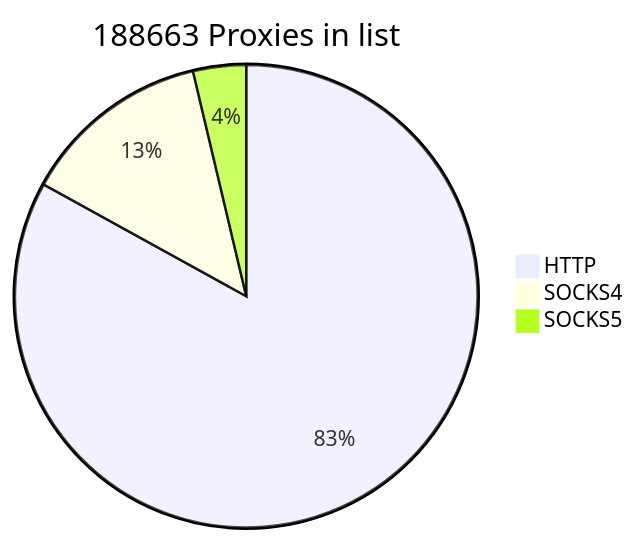
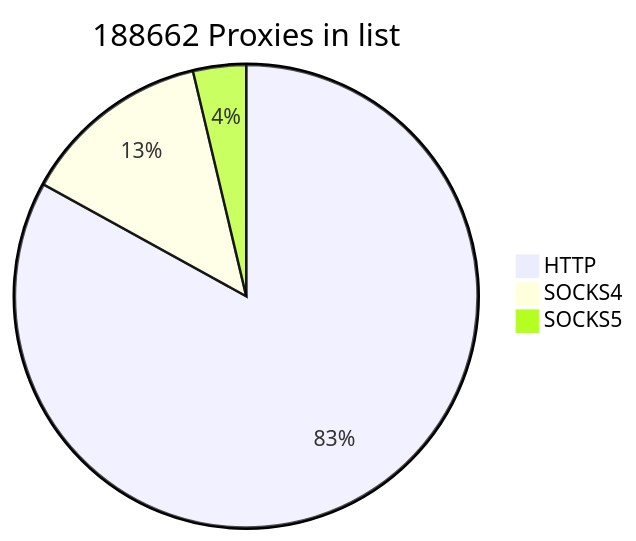
The first of 2 diagrams in README.md (cutipu/proxylist), drawn with Mermaid before and after one commit.

````diff
--- a/README.md
+++ b/README.md
@@ -2,7 +2,7 @@
 ```mermaid
-pie title 188663 Proxies in list
+pie title 188662 Proxies in list
     "HTTP" : 156634
     "SOCKS4" : 25045
-    "SOCKS5" : 6984
+    "SOCKS5" : 6983
             
 ```
````
